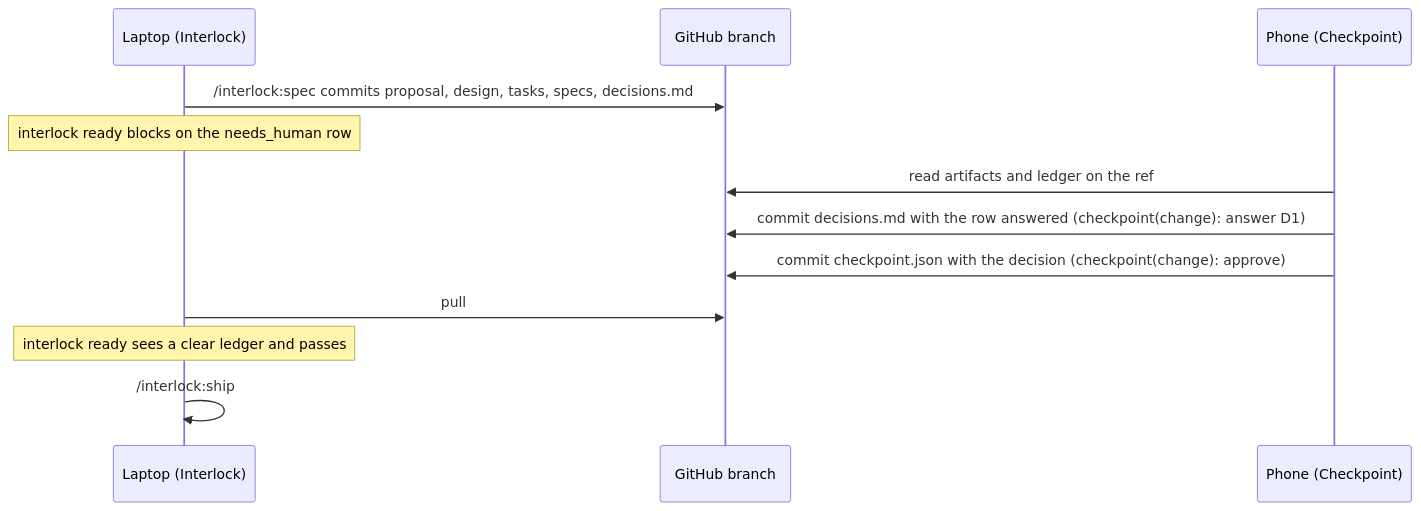
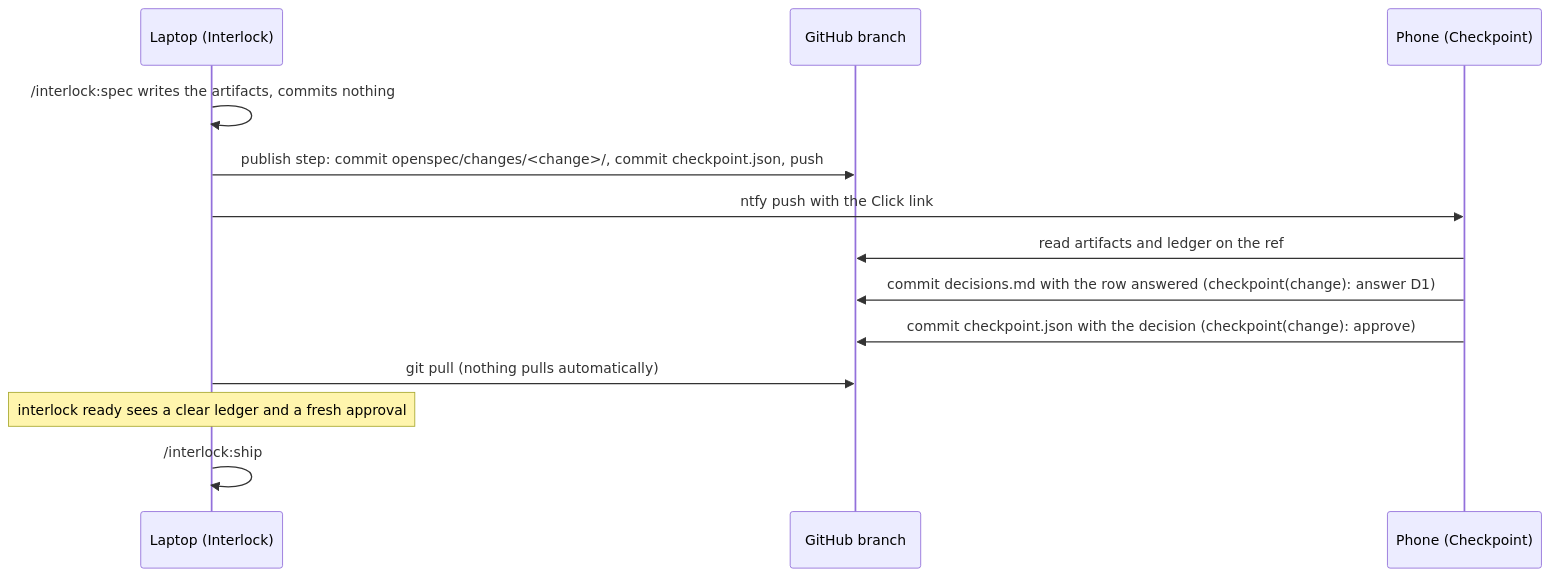
One commit to renzrollon/checkpoint changed the diagram in docs/how-checkpoint-works.md. Above: the diagram before and after it, drawn with Mermaid. The commit also changed other lines of this file and 82 other files, not shown here.

````diff
--- a/docs/how-checkpoint-works.md
+++ b/docs/how-checkpoint-works.md
@@ -144,14 +151,15 @@
 ```mermaid
 sequenceDiagram
     participant L as Laptop (Interlock)
     participant G as GitHub branch
     participant P as Phone (Checkpoint)
-    L->>G: /interlock:spec commits proposal, design, tasks, specs, decisions.md
-    Note over L: interlock ready blocks on the needs_human row
+    L->>L: /interlock:spec writes the artifacts, commits nothing
+    L->>G: publish step: commit openspec/changes/<change>/, commit checkpoint.json, push
+    L->>P: ntfy push with the Click link
     P->>G: read artifacts and ledger on the ref
     P->>G: commit decisions.md with the row answered (checkpoint(change): answer D1)
     P->>G: commit checkpoint.json with the decision (checkpoint(change): approve)
-    L->>G: pull
-    Note over L: interlock ready sees a clear ledger and passes
+    L->>G: git pull (nothing pulls automatically)
+    Note over L: interlock ready sees a clear ledger and a fresh approval
     L->>L: /interlock:ship
 ```
````
